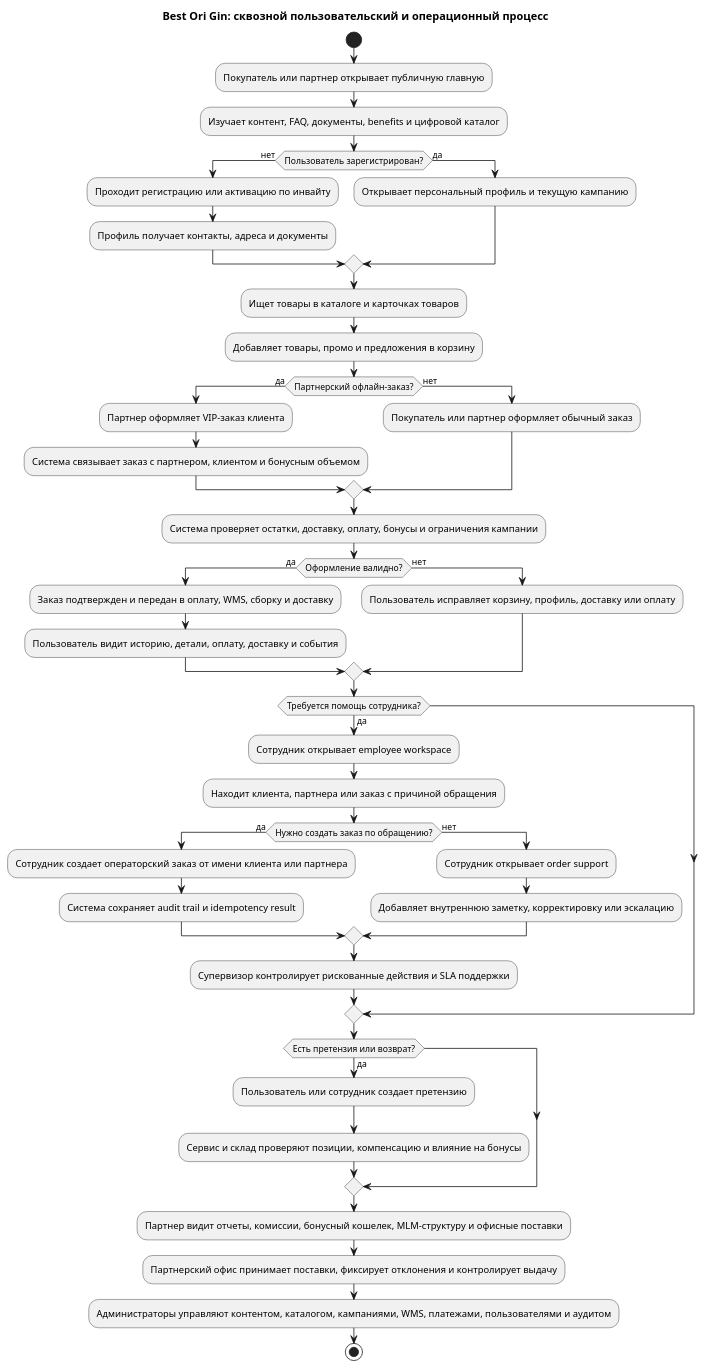
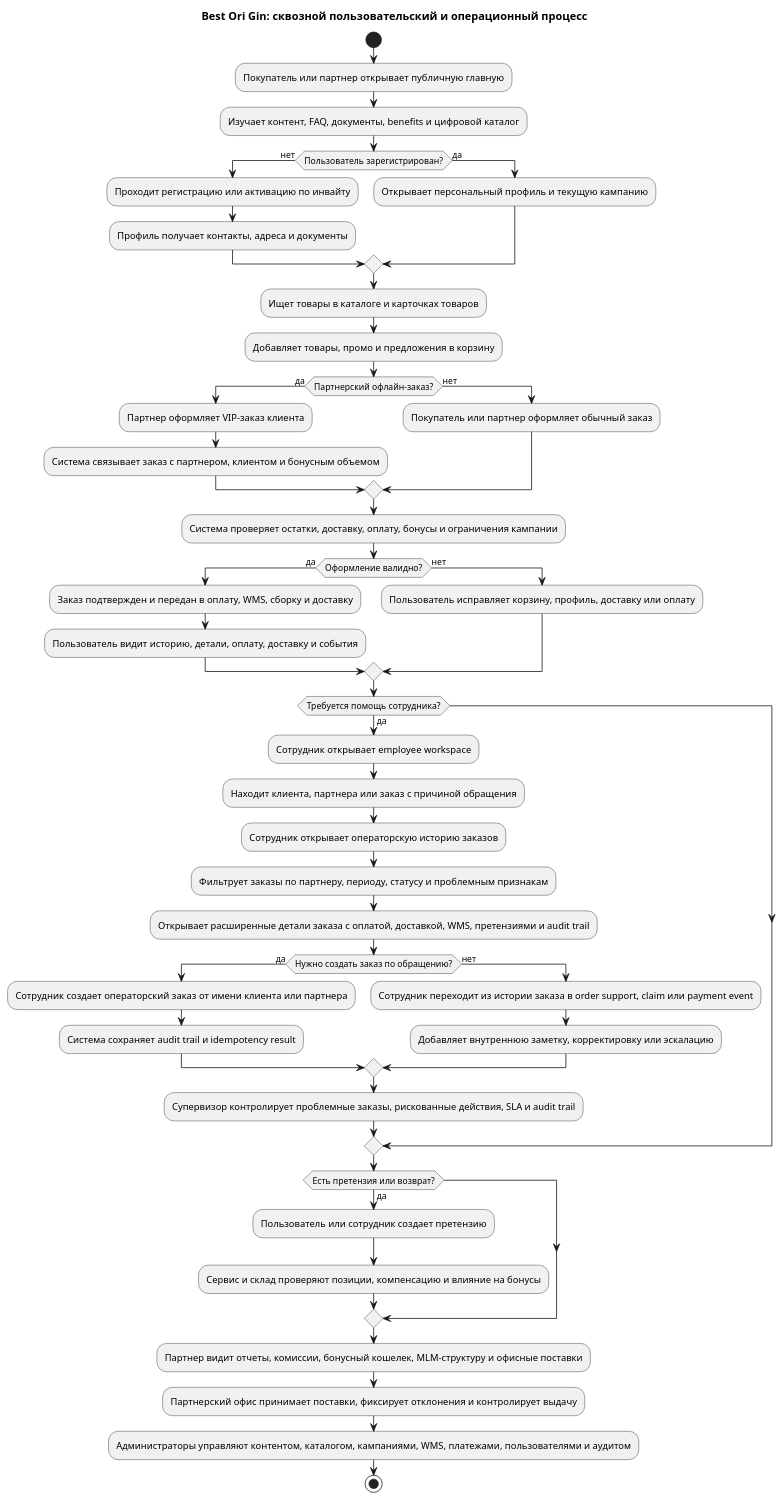
Before and after one commit to alextaralexander/ai_ori_test: the diagram in agents/analytics/ba/end_to_end/end_to_end_process_bpmn.plantuml, drawn with PlantUML. The commit also changed 39 other files, not shown here.

Commit message:
agents_app2: complete feature #20 сотрудник_история_заказов

```diff
--- a/agents/analytics/ba/end_to_end/end_to_end_process_bpmn.plantuml
+++ b/agents/analytics/ba/end_to_end/end_to_end_process_bpmn.plantuml
@@ -1,49 +1,52 @@
 @startuml
 ' End-to-end product process for Best Ori Gin platform. This is product behavior, not delivery workflow.
 title Best Ori Gin: сквозной пользовательский и операционный процесс
 
 start
 :Покупатель или партнер открывает публичную главную;
 :Изучает контент, FAQ, документы, benefits и цифровой каталог;
 if (Пользователь зарегистрирован?) then (нет)
   :Проходит регистрацию или активацию по инвайту;
   :Профиль получает контакты, адреса и документы;
 else (да)
   :Открывает персональный профиль и текущую кампанию;
 endif
 :Ищет товары в каталоге и карточках товаров;
 :Добавляет товары, промо и предложения в корзину;
 if (Партнерский офлайн-заказ?) then (да)
   :Партнер оформляет VIP-заказ клиента;
   :Система связывает заказ с партнером, клиентом и бонусным объемом;
 else (нет)
   :Покупатель или партнер оформляет обычный заказ;
 endif
 :Система проверяет остатки, доставку, оплату, бонусы и ограничения кампании;
 if (Оформление валидно?) then (да)
   :Заказ подтвержден и передан в оплату, WMS, сборку и доставку;
   :Пользователь видит историю, детали, оплату, доставку и события;
 else (нет)
   :Пользователь исправляет корзину, профиль, доставку или оплату;
 endif
 if (Требуется помощь сотрудника?) then (да)
   :Сотрудник открывает employee workspace;
   :Находит клиента, партнера или заказ с причиной обращения;
+  :Сотрудник открывает операторскую историю заказов;
+  :Фильтрует заказы по партнеру, периоду, статусу и проблемным признакам;
+  :Открывает расширенные детали заказа с оплатой, доставкой, WMS, претензиями и audit trail;
   if (Нужно создать заказ по обращению?) then (да)
     :Сотрудник создает операторский заказ от имени клиента или партнера;
     :Система сохраняет audit trail и idempotency result;
   else (нет)
-    :Сотрудник открывает order support;
+    :Сотрудник переходит из истории заказа в order support, claim или payment event;
     :Добавляет внутреннюю заметку, корректировку или эскалацию;
   endif
-  :Супервизор контролирует рискованные действия и SLA поддержки;
+  :Супервизор контролирует проблемные заказы, рискованные действия, SLA и audit trail;
 endif
 if (Есть претензия или возврат?) then (да)
   :Пользователь или сотрудник создает претензию;
   :Сервис и склад проверяют позиции, компенсацию и влияние на бонусы;
 endif
 :Партнер видит отчеты, комиссии, бонусный кошелек, MLM-структуру и офисные поставки;
 :Партнерский офис принимает поставки, фиксирует отклонения и контролирует выдачу;
 :Администраторы управляют контентом, каталогом, кампаниями, WMS, платежами, пользователями и аудитом;
 stop
 @enduml
```
